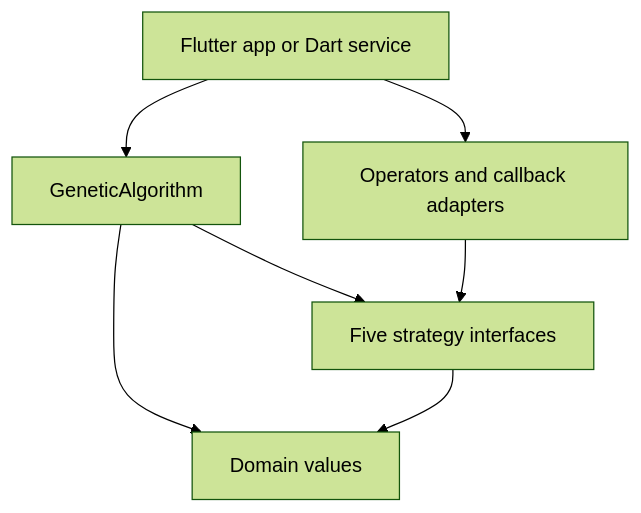
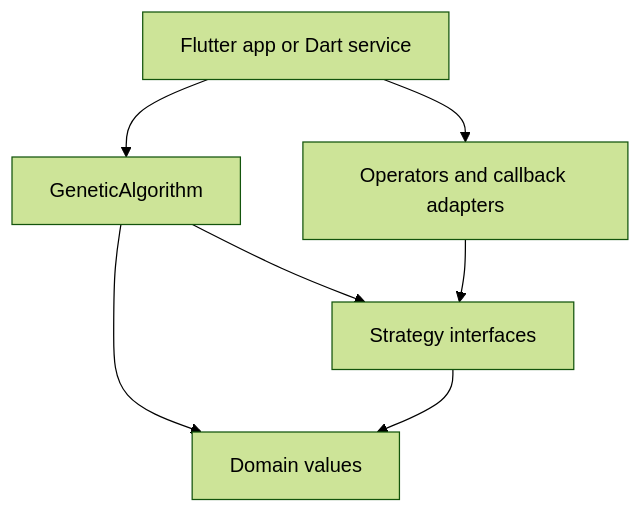
One commit to kleberandrade/genetic-engine changed the diagram in doc/architecture.md. Above: the diagram before and after it, drawn with Mermaid (forest theme). The commit also changed other lines of this file and 10 other files, not shown here.

````diff
--- a/doc/architecture.md
+++ b/doc/architecture.md
@@ -10,9 +10,9 @@
 ```mermaid
 flowchart TD
   Consumer["Flutter app or Dart service"] --> Engine["GeneticAlgorithm"]
   Consumer --> Strategies["Operators and callback adapters"]
-  Engine --> Contracts["Five strategy interfaces"]
+  Engine --> Contracts["Strategy interfaces"]
   Strategies --> Contracts
   Engine --> Domain["Domain values"]
   Contracts --> Domain
 ```
````
